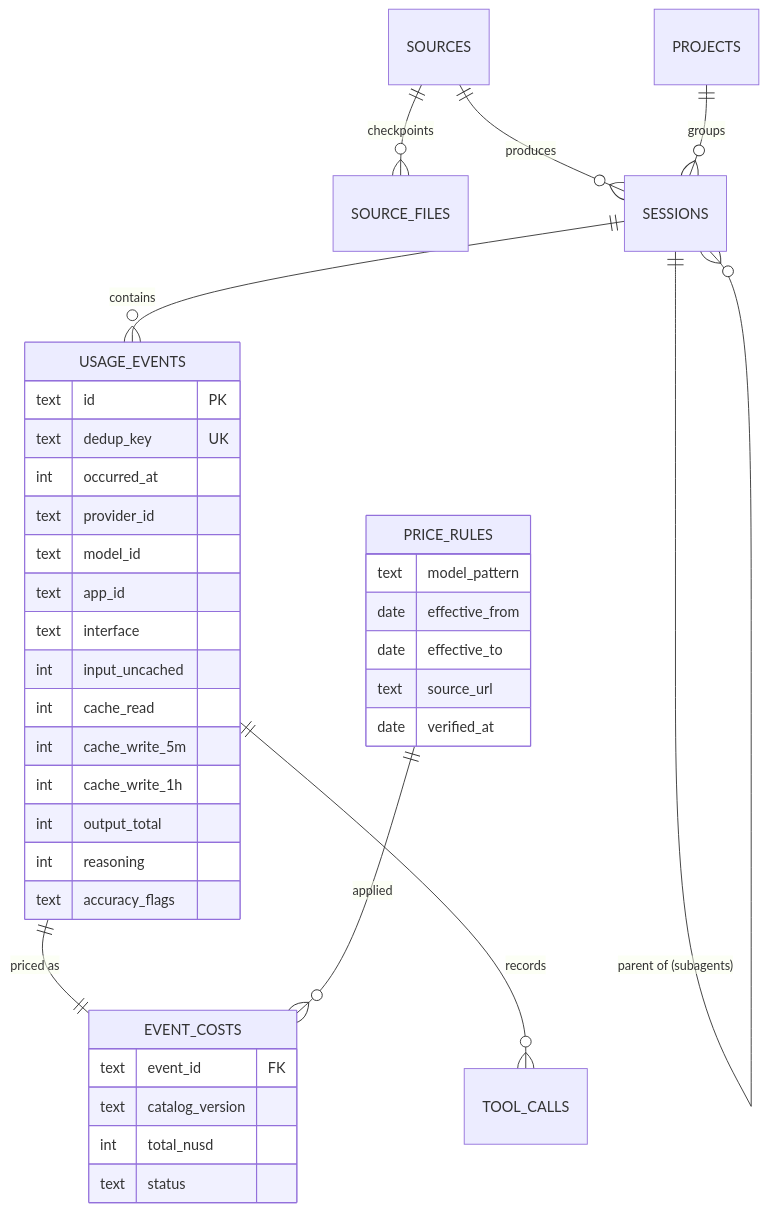
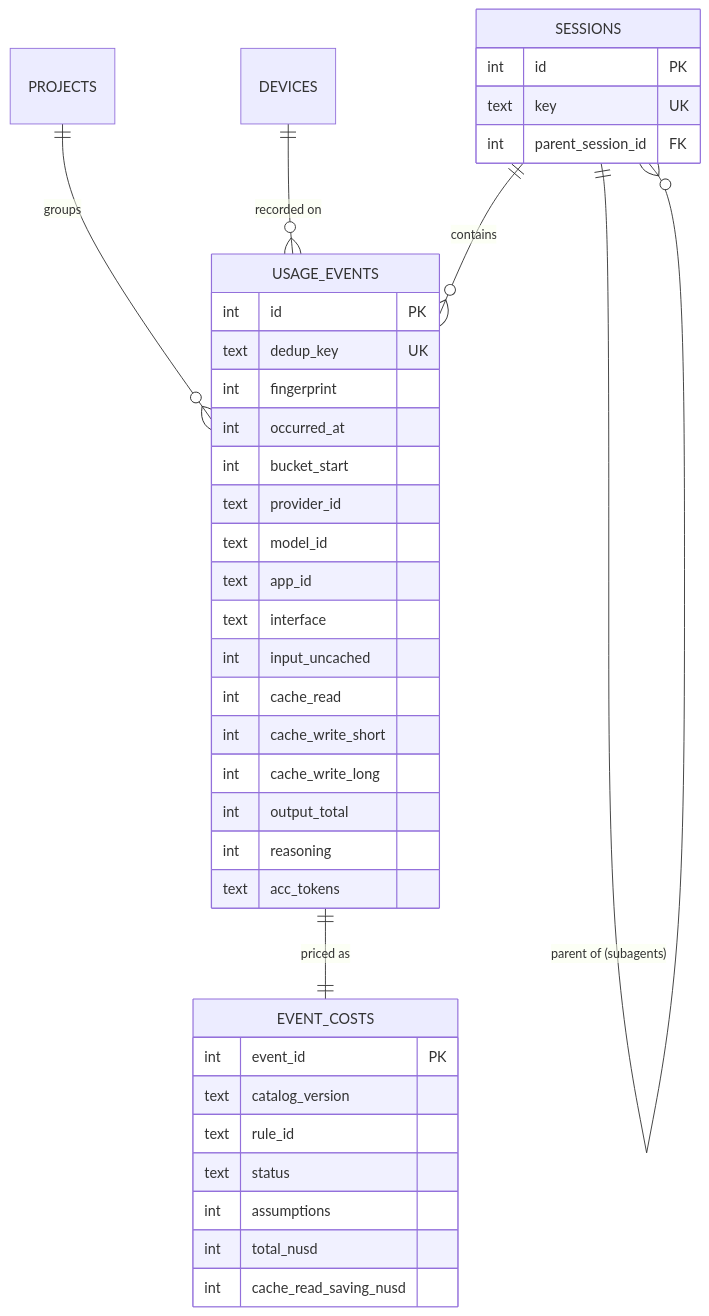
Before and after one commit to akanjb/VEYRA: diagram 11 of 17 in README.md, drawn with Mermaid. The commit also changed other lines of this file and 9 other files, not shown here.

````diff
--- a/README.md
+++ b/README.md
@@ -386,41 +398,41 @@
 ```mermaid
 erDiagram
-  SOURCES ||--o{ SOURCE_FILES : "checkpoints"
-  SOURCES ||--o{ SESSIONS : "produces"
-  PROJECTS ||--o{ SESSIONS : "groups"
+  PROJECTS ||--o{ USAGE_EVENTS : "groups"
+  DEVICES ||--o{ USAGE_EVENTS : "recorded on"
   SESSIONS ||--o{ USAGE_EVENTS : "contains"
   SESSIONS ||--o{ SESSIONS : "parent of (subagents)"
   USAGE_EVENTS ||--|| EVENT_COSTS : "priced as"
-  PRICE_RULES ||--o{ EVENT_COSTS : "applied"
-  USAGE_EVENTS ||--o{ TOOL_CALLS : "records"
 
   USAGE_EVENTS {
-    text id PK
+    int id PK
     text dedup_key UK
+    int fingerprint
     int occurred_at
+    int bucket_start
     text provider_id
     text model_id
     text app_id
     text interface
     int input_uncached
     int cache_read
-    int cache_write_5m
-    int cache_write_1h
+    int cache_write_short
+    int cache_write_long
     int output_total
     int reasoning
-    text accuracy_flags
+    text acc_tokens
   }
   EVENT_COSTS {
-    text event_id FK
+    int event_id PK
     text catalog_version
+    text rule_id
+    text status
+    int assumptions
     int total_nusd
-    text status
+    int cache_read_saving_nusd
   }
-  PRICE_RULES {
-    text model_pattern
-    date effective_from
-    date effective_to
-    text source_url
-    date verified_at
+  SESSIONS {
+    int id PK
+    text key UK
+    int parent_session_id FK
   }
 ```
````
